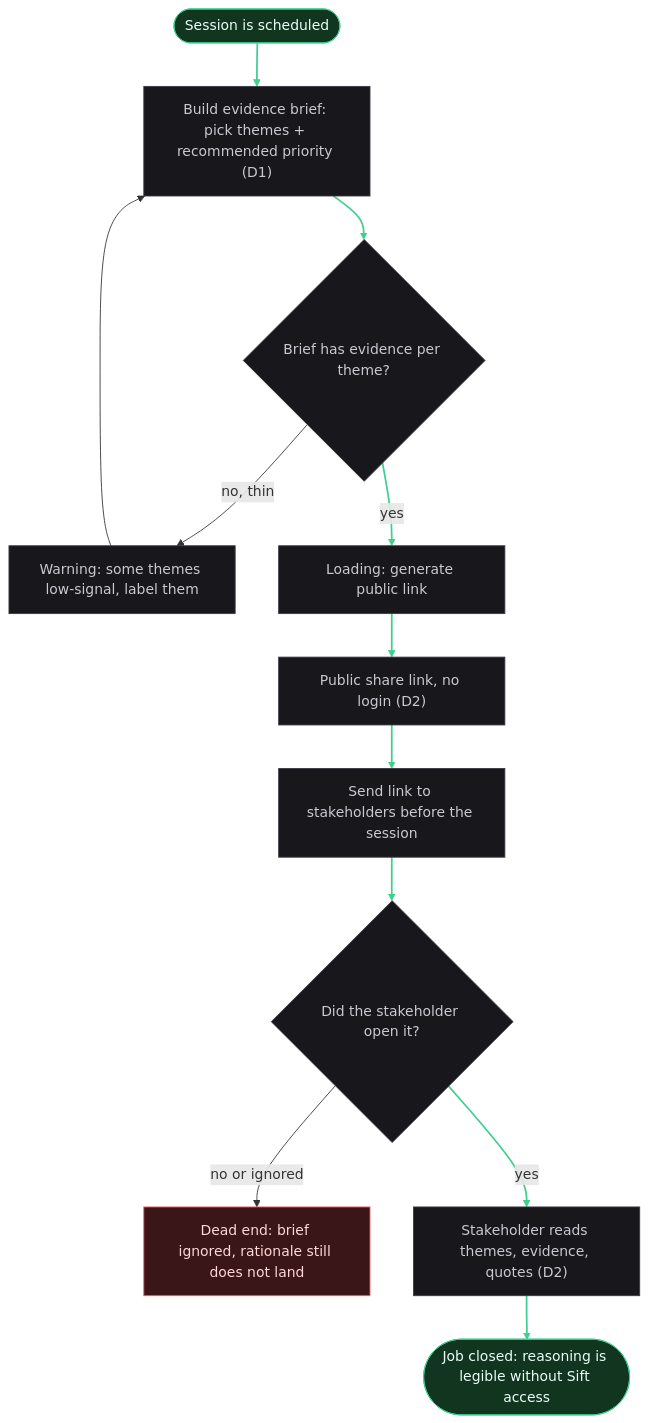
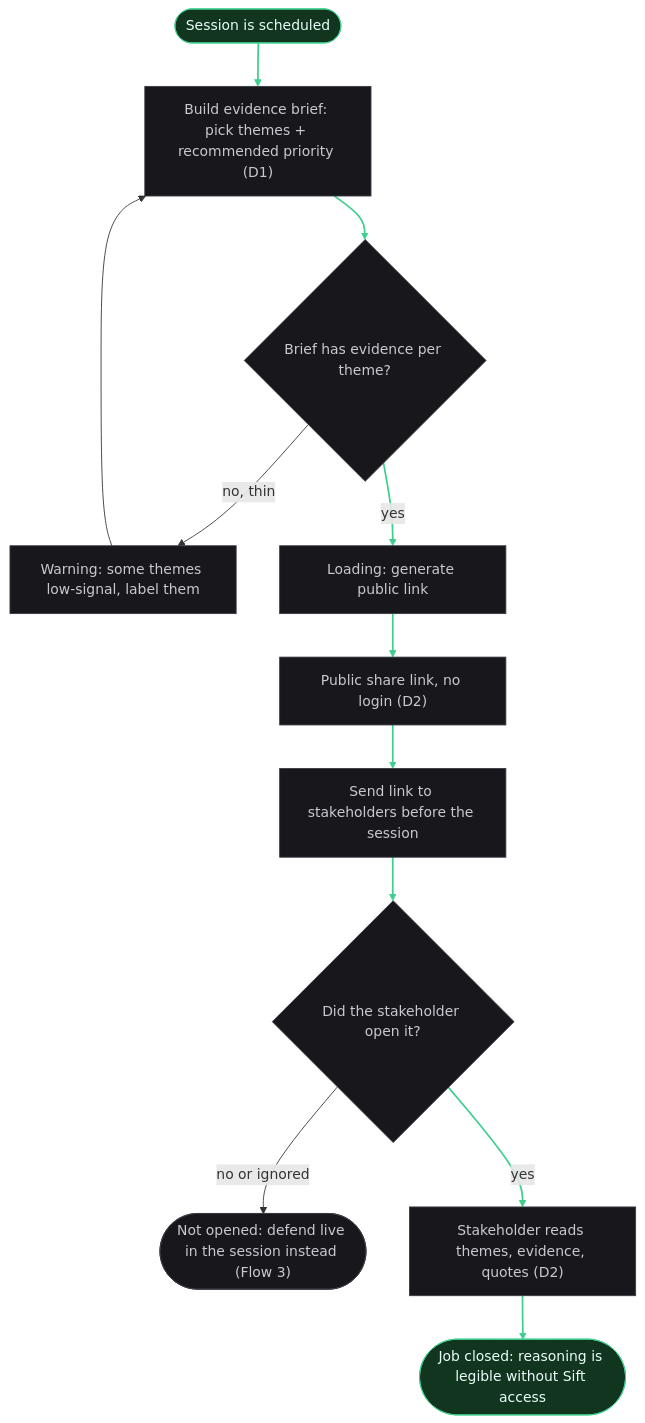
The fifth of 5 diagrams in ia/docs/flows.md (sergiodesign4u-dot/sift), drawn with Mermaid before and after one commit. The commit also changed other lines of this file and 1 other file, not shown here.

First line of the commit message:
IA Basic Layer (Step 6): critique #1 fixes - tighten dead-ends, add source-unavailable state

````diff
--- a/ia/docs/flows.md
+++ b/ia/docs/flows.md
@@ -170,22 +184,21 @@
 ```mermaid
 flowchart TD
     Start(["Session is scheduled"]) --> Build["Build evidence brief: pick themes + recommended priority (D1)"]
     Build --> Ready{"Brief has evidence per theme?"}
     Ready -->|no, thin| ThinWarn["Warning: some themes low-signal, label them"]
     ThinWarn --> Build
     Ready -->|yes| Gen["Loading: generate public link"]
     Gen --> Link["Public share link, no login (D2)"]
     Link --> Send["Send link to stakeholders before the session"]
     Send --> Opened{"Did the stakeholder open it?"}
-    Opened -->|no or ignored| Cold["Dead end: brief ignored, rationale still does not land"]
+    Opened -->|no or ignored| Fallback(["Not opened: defend live in the session instead (Flow 3)"])
     Opened -->|yes| Read["Stakeholder reads themes, evidence, quotes (D2)"]
     Read --> Landed(["Job closed: reasoning is legible without Sift access"])
 
     classDef success fill:#12351f,stroke:#3ecf8e,color:#eafff9;
     classDef dead fill:#3a1618,stroke:#f06060,color:#ffd7d7;
     classDef neutral fill:#17171c,stroke:#3a3a45,color:#c9c9d2;
     class Start,Landed success;
-    class Cold dead;
-    class Build,Ready,ThinWarn,Gen,Link,Send,Opened,Read neutral;
+    class Build,Ready,ThinWarn,Gen,Link,Send,Opened,Read,Fallback neutral;
     linkStyle 0,1,4,5,6,7,9,10 stroke:#3ecf8e,stroke-width:2px;
 ```
````
